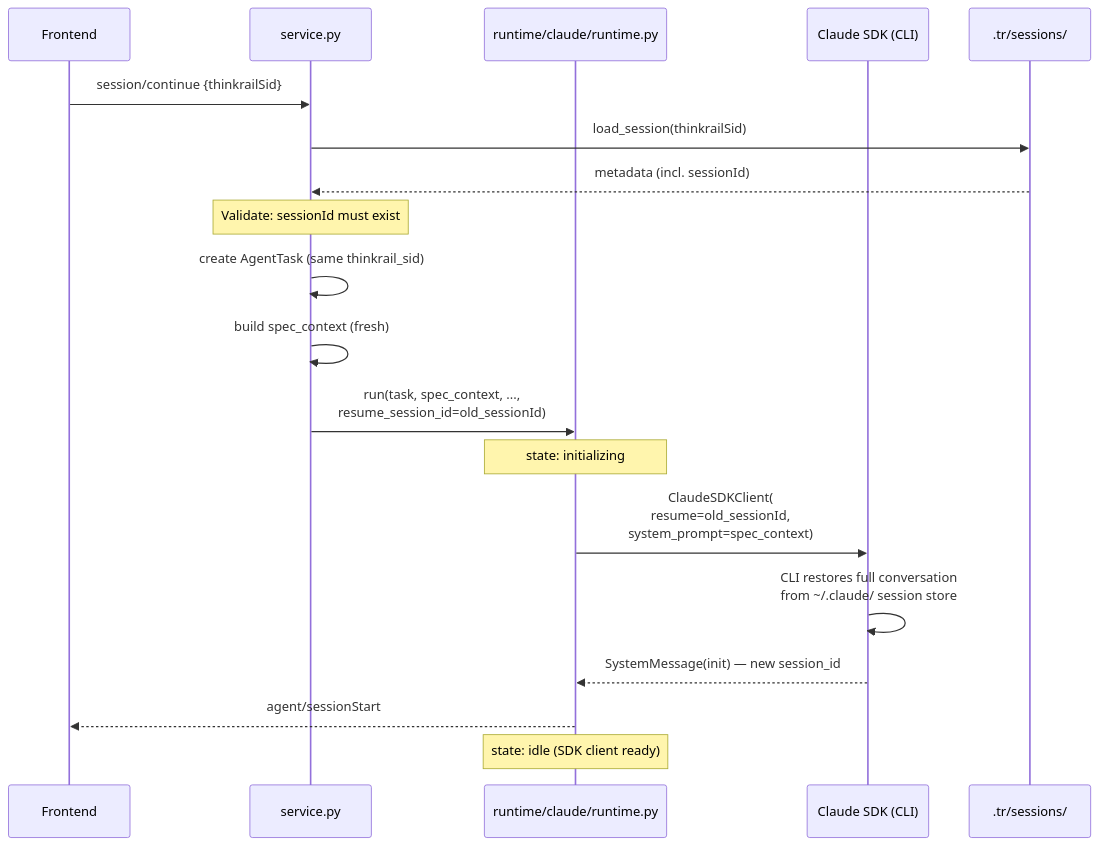
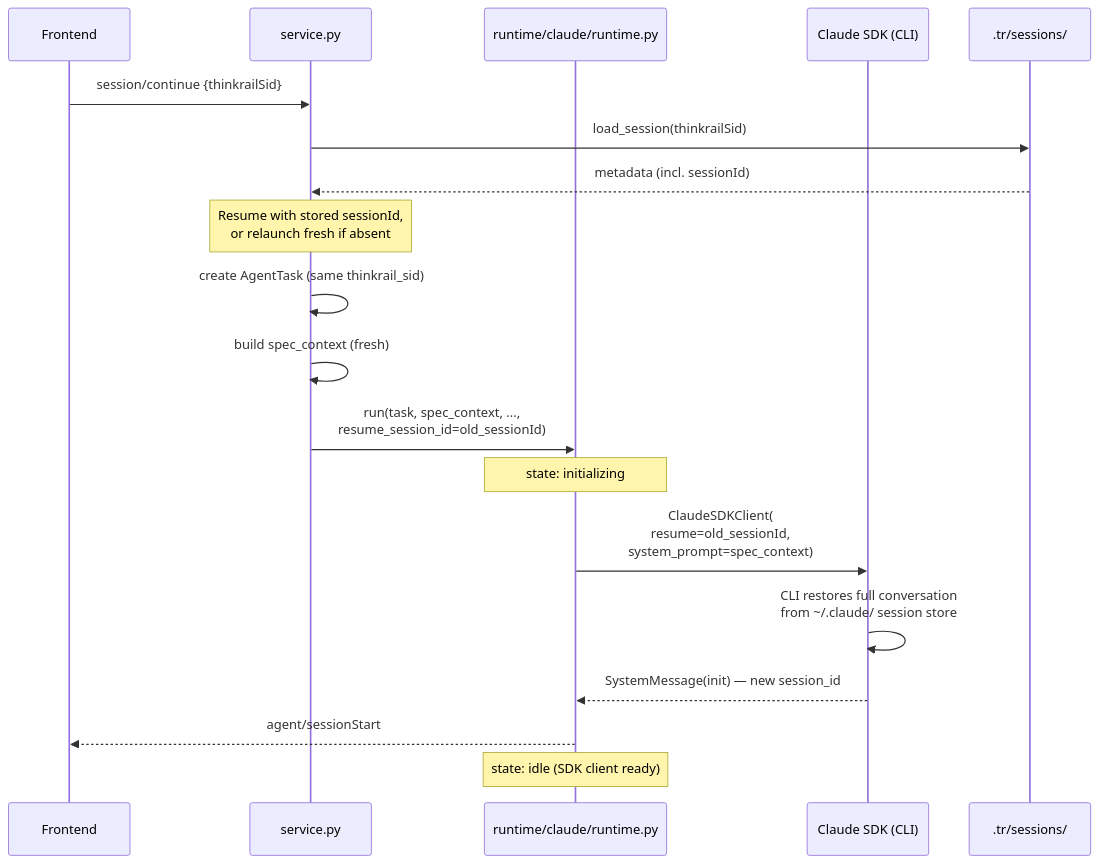
The fourth of 5 diagrams in backend/app/agent/README.md (JetBrains/thinkrail), drawn with Mermaid before and after one commit. The commit also changed other lines of this file and 5 other files, not shown here.

````diff
--- a/backend/app/agent/README.md
+++ b/backend/app/agent/README.md
@@ -181,26 +181,26 @@
 ```mermaid
 sequenceDiagram
     participant F as Frontend
     participant Svc as service.py
     participant R as runtime/claude/runtime.py
     participant SDK as Claude SDK (CLI)
     participant Disk as .tr/sessions/
 
     F->>Svc: session/continue {thinkrailSid}
     Svc->>Disk: load_session(thinkrailSid)
     Disk-->>Svc: metadata (incl. sessionId)
 
-    Note over Svc: Validate: sessionId must exist
+    Note over Svc: Resume with stored sessionId,<br/>or relaunch fresh if absent
 
     Svc->>Svc: create AgentTask (same thinkrail_sid)
     Svc->>Svc: build spec_context (fresh)
     Svc->>R: run(task, spec_context, ...,<br/>resume_session_id=old_sessionId)
 
     Note over R: state: initializing
     R->>SDK: ClaudeSDKClient(<br/>  resume=old_sessionId,<br/>  system_prompt=spec_context)
     SDK->>SDK: CLI restores full conversation<br/>from ~/.claude/ session store
     SDK-->>R: SystemMessage(init) — new session_id
 
     R-->>F: agent/sessionStart
     Note over R: state: idle (SDK client ready)
 ```
````
